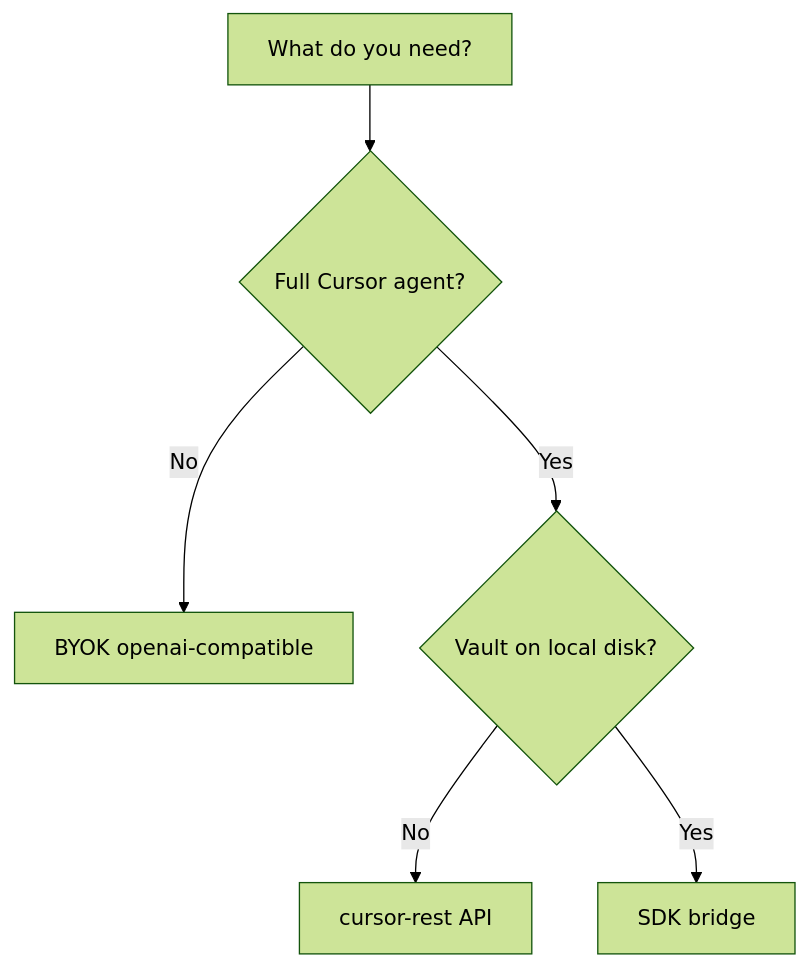
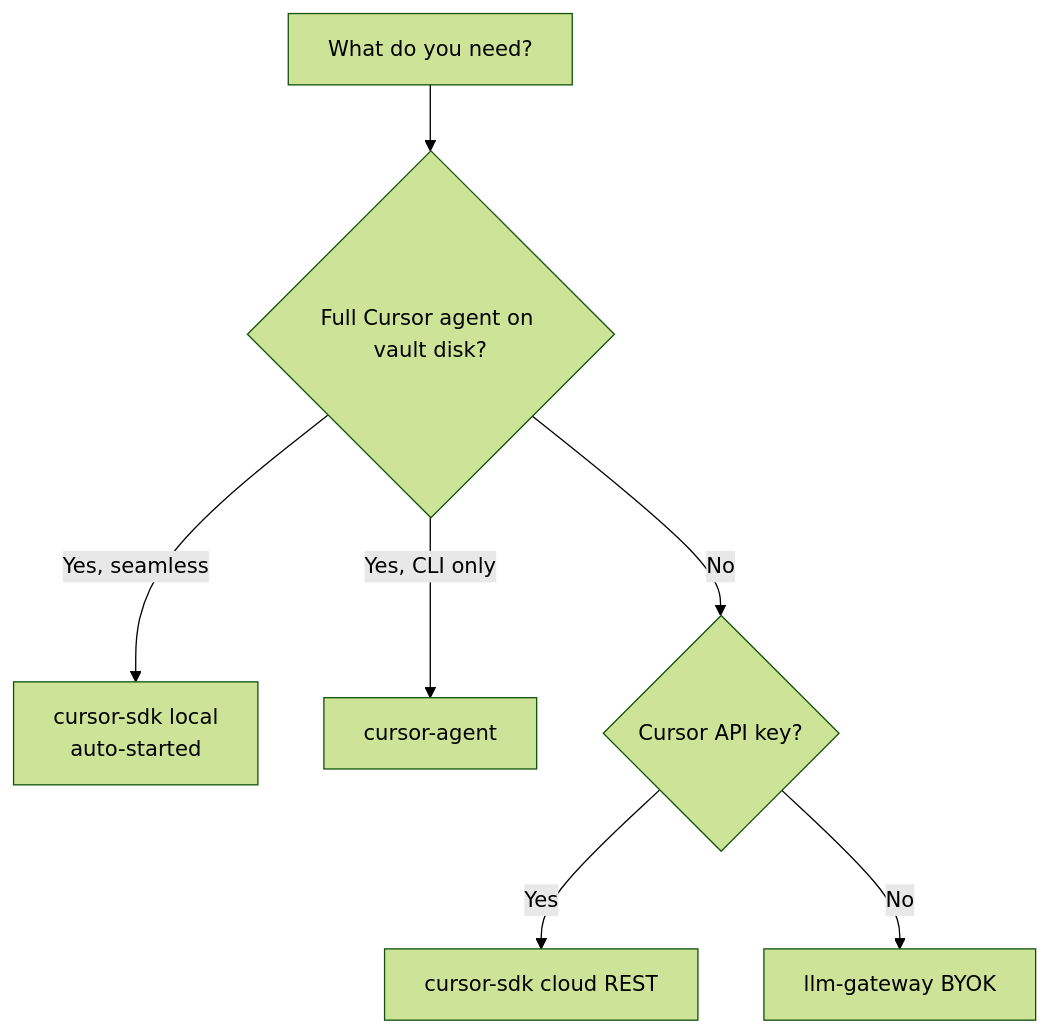
The diagram in .docs/index.md (guilyx/obsidian-cursor-plugin), drawn with Mermaid (forest theme) before and after one commit. The commit also changed other lines of this file and 12 other files, not shown here.

````diff
--- a/.docs/index.md
+++ b/.docs/index.md
@@ -23,9 +23,10 @@
 ```mermaid
 flowchart TD
   START["What do you need?"]
-  START --> Q1{"Full Cursor agent?"}
-  Q1 -->|No| BYOK["BYOK openai-compatible"]
-  Q1 -->|Yes| Q2{"Vault on local disk?"}
-  Q2 -->|No| REST["cursor-rest API"]
-  Q2 -->|Yes| BRIDGE["SDK bridge"]
+  START --> Q1{"Full Cursor agent on vault disk?"}
+  Q1 -->|Yes, seamless| SDK["cursor-sdk local\nauto-started"]
+  Q1 -->|Yes, CLI only| CLI["cursor-agent"]
+  Q1 -->|No| Q2{"Cursor API key?"}
+  Q2 -->|Yes| CLOUD["cursor-sdk cloud REST"]
+  Q2 -->|No| GW["llm-gateway BYOK"]
 ```
````
